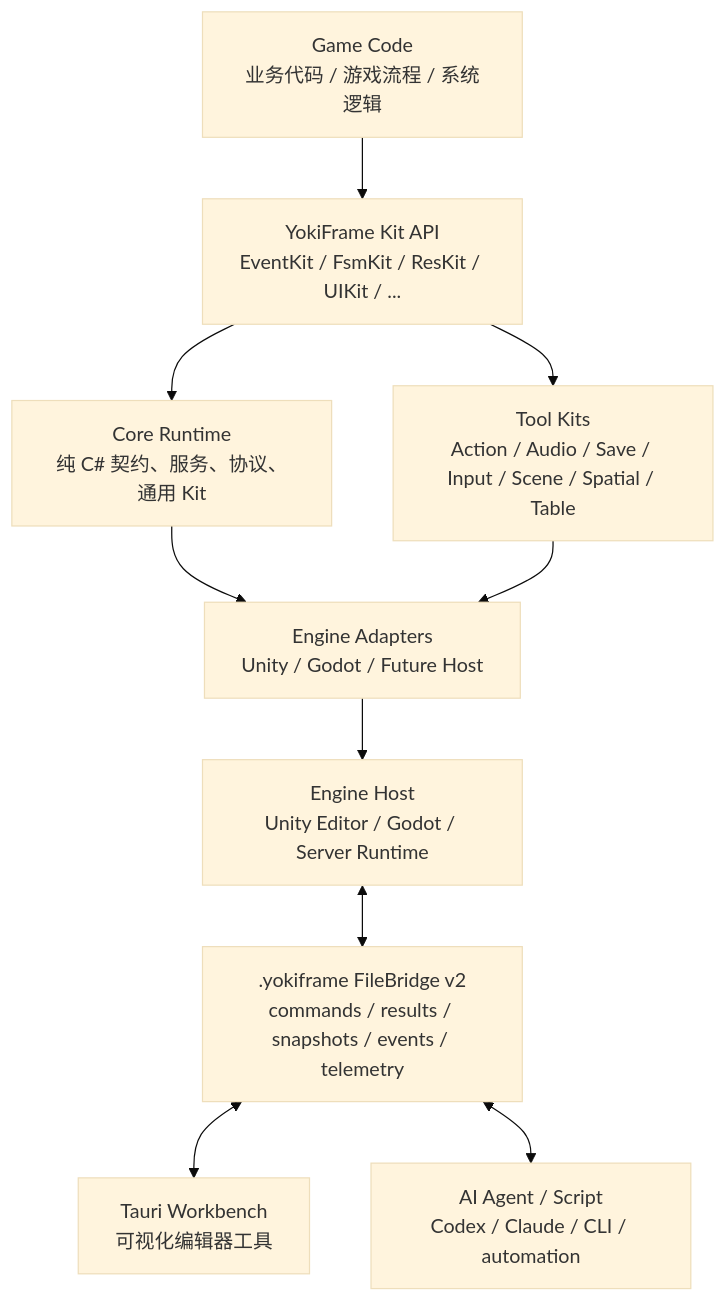
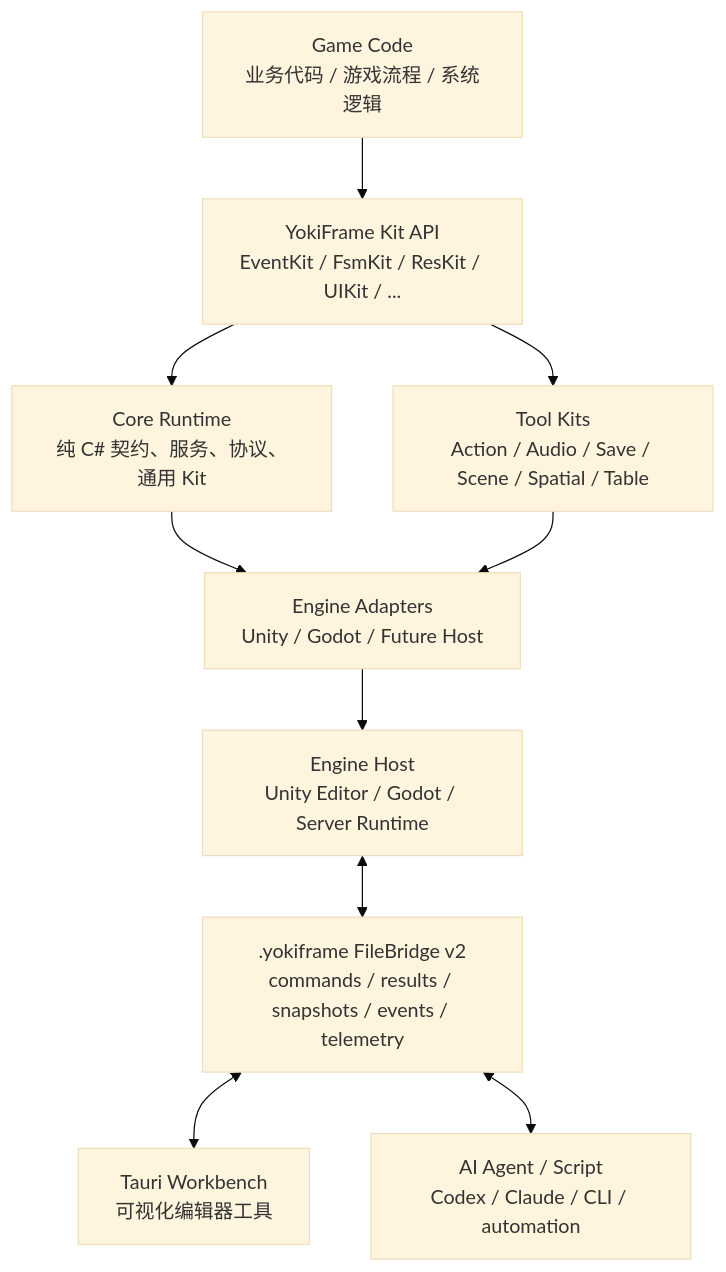
One commit to HinataYoki/YokiFrame changed the first of 7 diagrams in README.md. Above: the diagram before and after it, drawn with Mermaid (base theme). The commit also changed other lines of this file and 90 other files, not shown here.

````diff
--- a/README.md
+++ b/README.md
@@ -43,22 +43,22 @@
 ```mermaid
 flowchart TB
     Game["Game Code<br/>业务代码 / 游戏流程 / 系统逻辑"]
     API["YokiFrame Kit API<br/>EventKit / FsmKit / ResKit / UIKit / ..."]
     Core["Core Runtime<br/>纯 C# 契约、服务、协议、通用 Kit"]
-    Tools["Tool Kits<br/>Action / Audio / Save / Input / Scene / Spatial / Table"]
+    Tools["Tool Kits<br/>Action / Audio / Save / Scene / Spatial / Table"]
     Adapter["Engine Adapters<br/>Unity / Godot / Future Host"]
     Host["Engine Host<br/>Unity Editor / Godot / Server Runtime"]
     Bridge[".yokiframe FileBridge v2<br/>commands / results / snapshots / events / telemetry"]
     Workbench["Tauri Workbench<br/>可视化编辑器工具"]
     AI["AI Agent / Script<br/>Codex / Claude / CLI / automation"]
 
     Game --> API
     API --> Core
     API --> Tools
     Core --> Adapter
     Tools --> Adapter
     Adapter --> Host
     Host <--> Bridge
     Bridge <--> Workbench
     Bridge <--> AI
 ```
````
